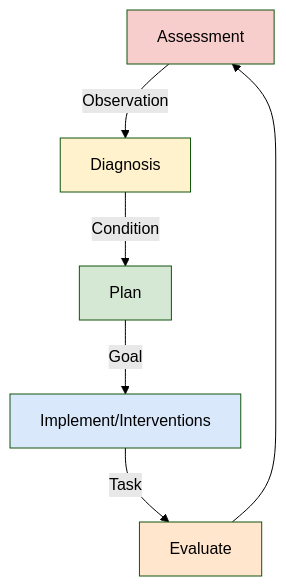
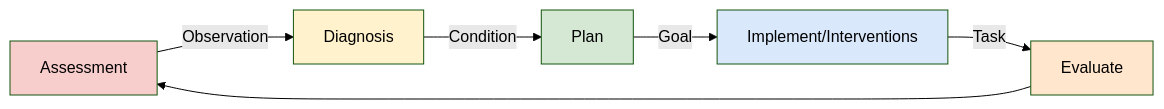
The diagram in input/pagecontent/index.md (Virtually-Healthcare/virtually-healthcare.github.com), drawn with Mermaid (forest theme) before and after one commit.

Commit message:
Mermaid diagram

````diff
--- a/input/pagecontent/index.md
+++ b/input/pagecontent/index.md
@@ -7,20 +7,20 @@
 ```mermaid
-graph TD;
+graph LR;
     A[Assessment]-->|Observation| B;
     B[Diagnosis]-->|Condition| C;
     C[Plan]-->|Goal| D;
     D[Implement/Interventions]-->|Task| E;
     E[Evaluate]-->A;
     
     classDef yellow fill:#FFF2CC;
     classDef pink fill:#F8CECC
     classDef green fill:#D5E8D4;
     classDef blue fill:#DAE8FC;
     classDef orange fill:#FFE6CC;
 
     class A pink
     class B yellow
     class C green
     class D blue
     class E orange
 ```
````
